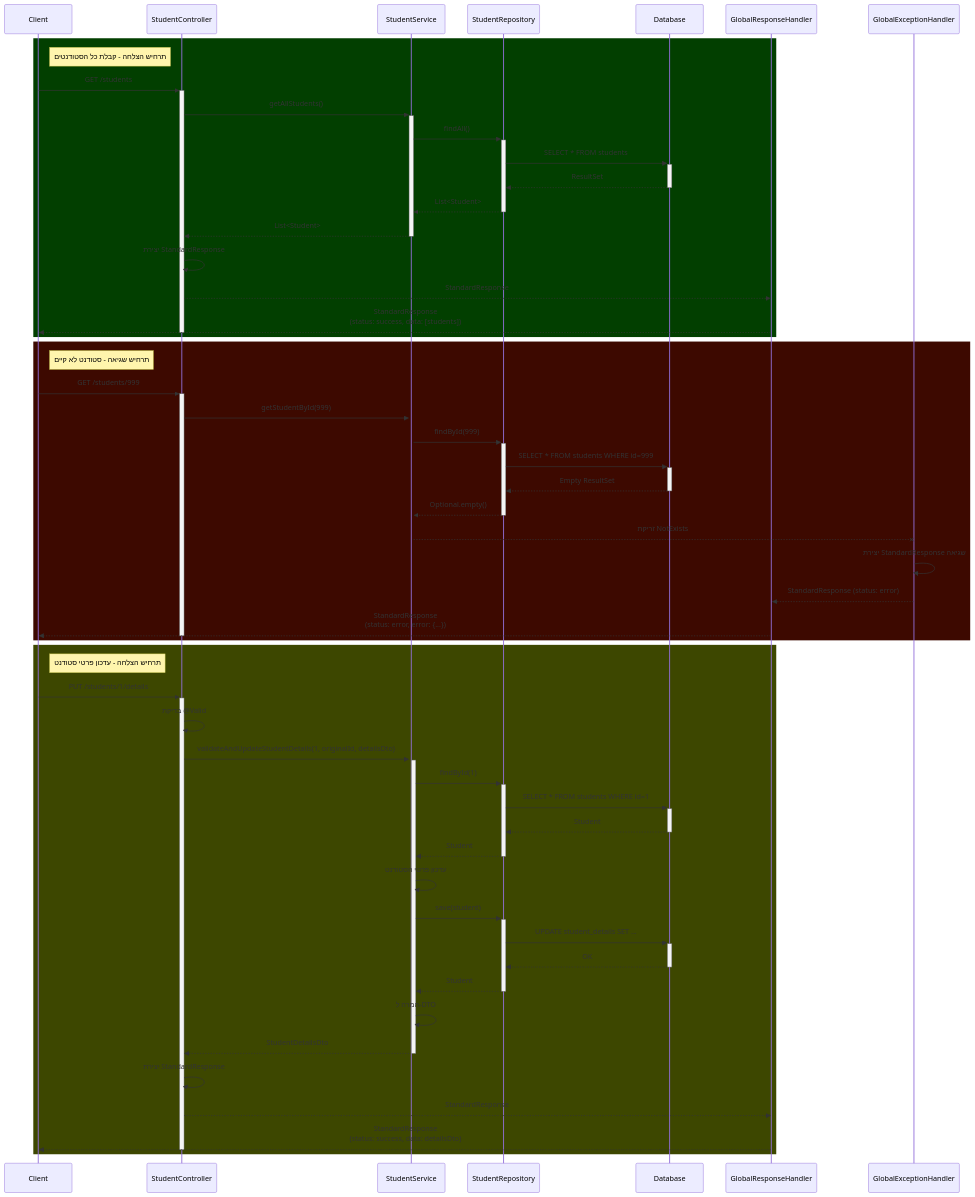
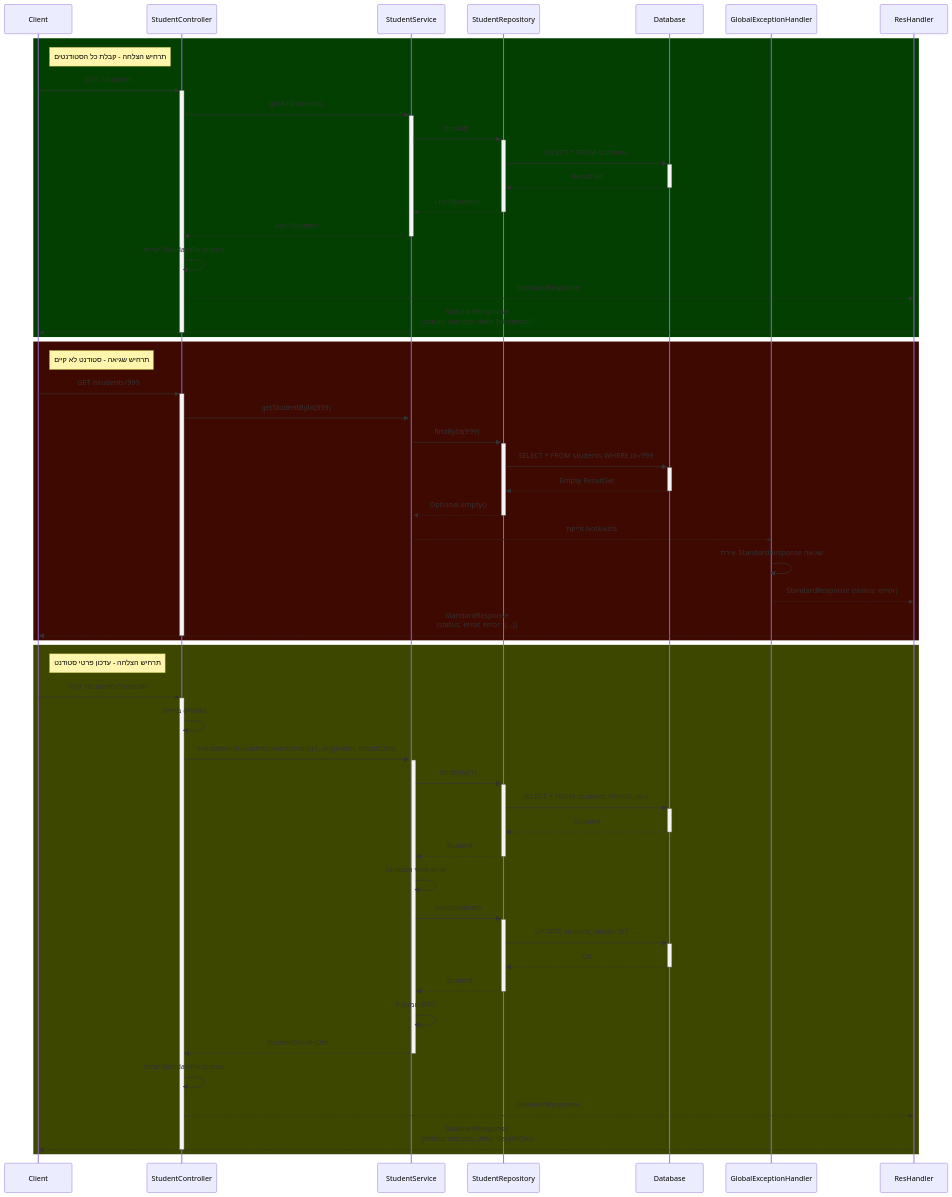
One commit to EliGuriel/Course_Meeting2 changed the fifth of 5 diagrams in Stage2/מדריך מקיף - מערכת ניהול סטודנטים - שלב 2  יחסי One-to-One עם StandardResponse.md. Above: the diagram before and after it, drawn with Mermaid. The commit also changed other lines of this file and 18 other files, not shown here.

````diff
--- a/Stage2/מדריך מקיף - מערכת ניהול סטודנטים - שלב 2  יחסי One-to-One עם StandardResponse.md
+++ b/Stage2/מדריך מקיף - מערכת ניהול סטודנטים - שלב 2  יחסי One-to-One עם StandardResponse.md
@@ -792,62 +740,61 @@
 ```mermaid
 sequenceDiagram
     participant Client
     participant Controller as StudentController
     participant Service as StudentService
     participant Repo as StudentRepository
     participant DB as Database
-    participant ResHandler as GlobalResponseHandler
     participant ExHandler as GlobalExceptionHandler
     
     rect rgb(2, 63, 0)
     note right of Client: תרחיש הצלחה - קבלת כל הסטודנטים
     Client->>+Controller: GET /students
     Controller->>+Service: getAllStudents()
     Service->>+Repo: findAll()
     Repo->>+DB: SELECT * FROM students
     DB-->>-Repo: ResultSet
     Repo-->>-Service: List<Student>
     Service-->>-Controller: List<Student>
     Controller->>Controller: יצירת StandardResponse
     Controller-->>ResHandler: StandardResponse
     ResHandler-->>Client: StandardResponse<br>(status: success, data: [students])
     deactivate Controller
     end
     
     rect rgb(61, 9, 0)
     note right of Client: תרחיש שגיאה - סטודנט לא קיים
     Client->>+Controller: GET /students/999
     Controller->>+Service: getStudentById(999)
     Service->>+Repo: findById(999)
     Repo->>+DB: SELECT * FROM students WHERE id=999
     DB-->>-Repo: Empty ResultSet
     Repo-->>-Service: Optional.empty()
     Service--xExHandler: זריקת NotExists
     ExHandler->>ExHandler: יצירת StandardResponse שגיאה
     ExHandler-->>ResHandler: StandardResponse (status: error)
     ResHandler-->>Client: StandardResponse<br>(status: error, error: {...})
     deactivate Controller
     end
     
     rect rgb(61, 71, 0)
     note right of Client: תרחיש הצלחה - עדכון פרטי סטודנט
     Client->>+Controller: PUT /students/1/details
     Controller->>Controller: בדיקת @Valid
     Controller->>+Service: validateAndUpdateStudentDetails(1, originalId, detailsDto)
     Service->>+Repo: findById(1)
     Repo->>+DB: SELECT * FROM students WHERE id=1
     DB-->>-Repo: Student
     Repo-->>-Service: Student
     Service->>Service: עדכון פרטי הסטודנט
     Service->>+Repo: save(student)
     Repo->>+DB: UPDATE student_details SET ...
     DB-->>-Repo: OK
     Repo-->>-Service: Student
     Service->>Service: המרה ל-DTO
     Service-->>-Controller: StudentDetailsDto
     Controller->>Controller: יצירת StandardResponse
     Controller-->>ResHandler: StandardResponse
     ResHandler-->>Client: StandardResponse<br>(status: success, data: detailsDto)
     deactivate Controller
     end
 ```
````
